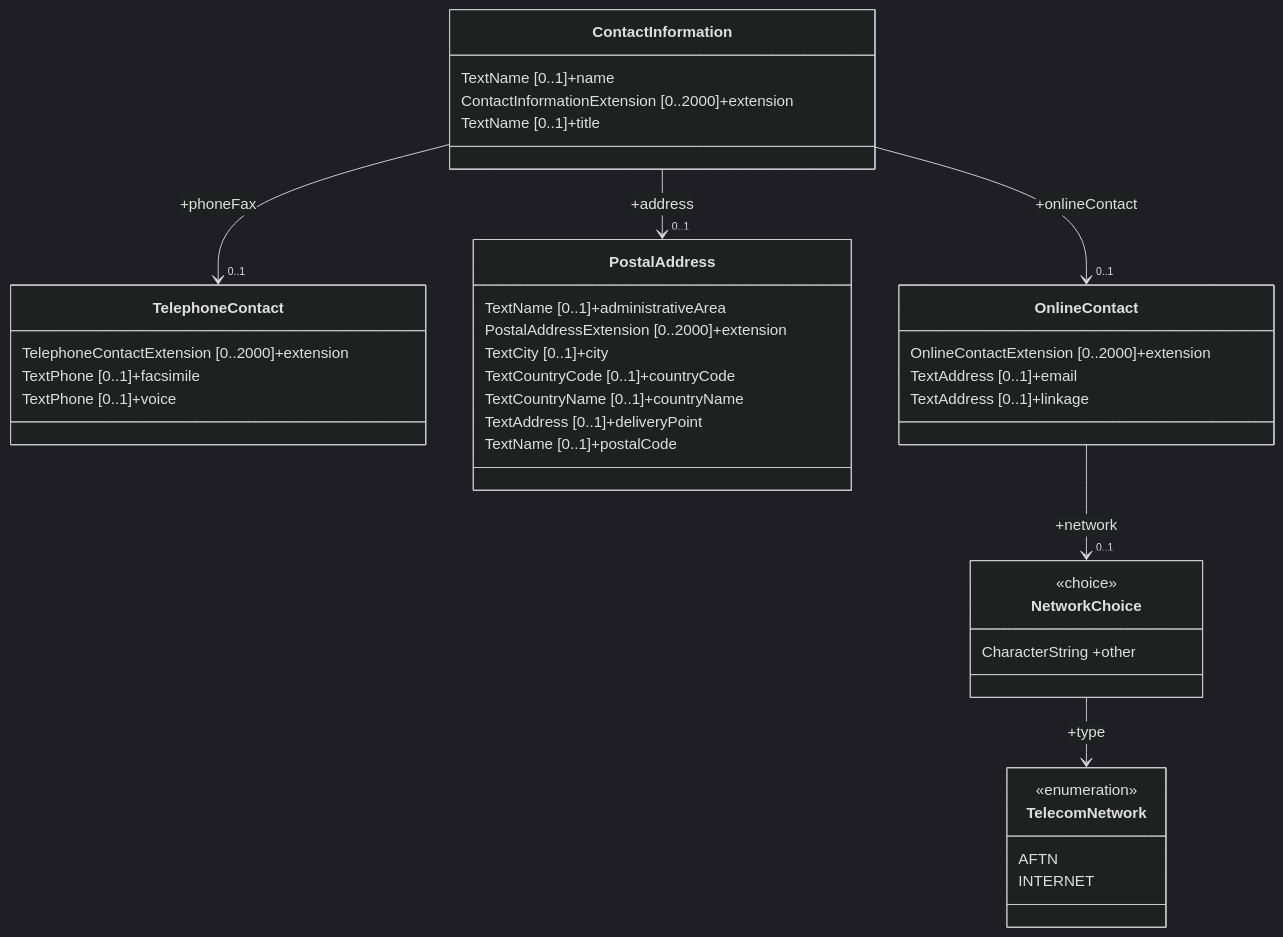
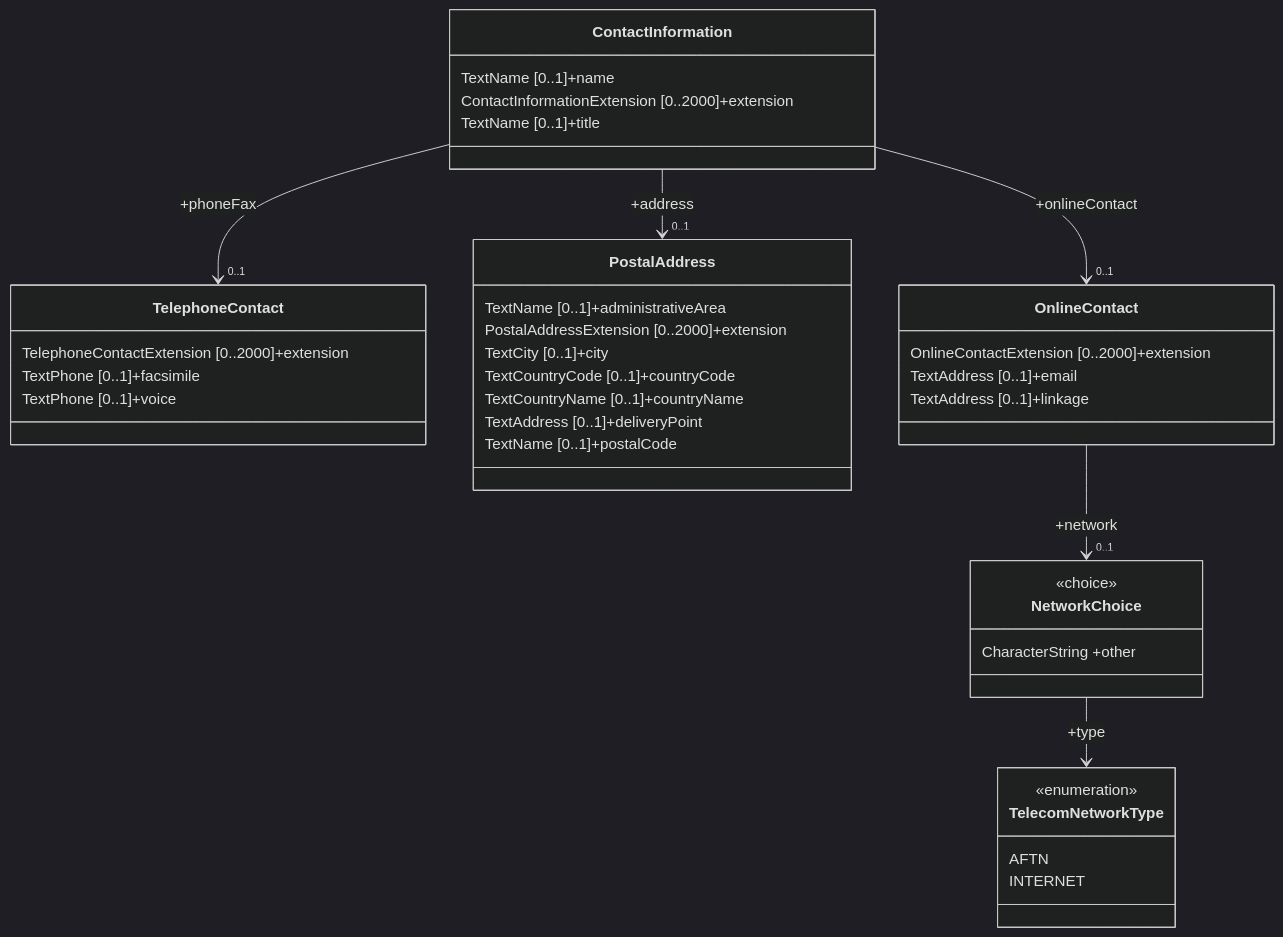
Before and after one commit to du-lapin/test_docsify: the diagram in docs/fixm/FIXM_UML_in_mermaid.md, drawn with Mermaid (dark theme).

````diff
--- a/docs/fixm/FIXM_UML_in_mermaid.md
+++ b/docs/fixm/FIXM_UML_in_mermaid.md
@@ -5,41 +5,41 @@
 ```mermaid
 classDiagram
 class ContactInformation
 ContactInformation : TextName [0..1]+name
 ContactInformation : ContactInformationExtension [0..2000]+extension
 %% ContactInformation : PostalAddress [0..1]+address
 %% ContactInformation : OnlineContact [0..2000]+onlineContact
 %% ContactInformation : TelephoneContact [0..1]+phoneFax
 ContactInformation : TextName [0..1]+title
 class TelephoneContact
 TelephoneContact : TelephoneContactExtension [0..2000]+extension
 TelephoneContact : TextPhone [0..1]+facsimile
 TelephoneContact : TextPhone [0..1]+voice
 class PostalAddress
 PostalAddress : TextName [0..1]+administrativeArea
 PostalAddress : PostalAddressExtension [0..2000]+extension
 PostalAddress : TextCity [0..1]+city
 PostalAddress : TextCountryCode [0..1]+countryCode
 PostalAddress : TextCountryName [0..1]+countryName
 PostalAddress : TextAddress [0..1]+deliveryPoint
 PostalAddress : TextName [0..1]+postalCode
 class OnlineContact
 OnlineContact : OnlineContactExtension [0..2000]+extension
 OnlineContact : TextAddress [0..1]+email
 OnlineContact : TextAddress [0..1]+linkage
 %% OnlineContact : NetworkChoice [0..1]+network
 class NetworkChoice
 <<choice>> NetworkChoice
 NetworkChoice : CharacterString +other
-%% NetworkChoice : TelecomNetwork +type
-class TelecomNetwork{
+%% NetworkChoice : TelecomNetworkType +type
+class TelecomNetworkType{
 <<enumeration>>
 AFTN
 INTERNET
 }
 ContactInformation --> "0..1" TelephoneContact : +phoneFax
 ContactInformation --> "0..1" PostalAddress : +address
 ContactInformation --> "0..1" OnlineContact : +onlineContact
 OnlineContact --> "0..1" NetworkChoice : +network
-NetworkChoice --> TelecomNetwork : +type
+NetworkChoice --> TelecomNetworkType : +type
 ```
````
